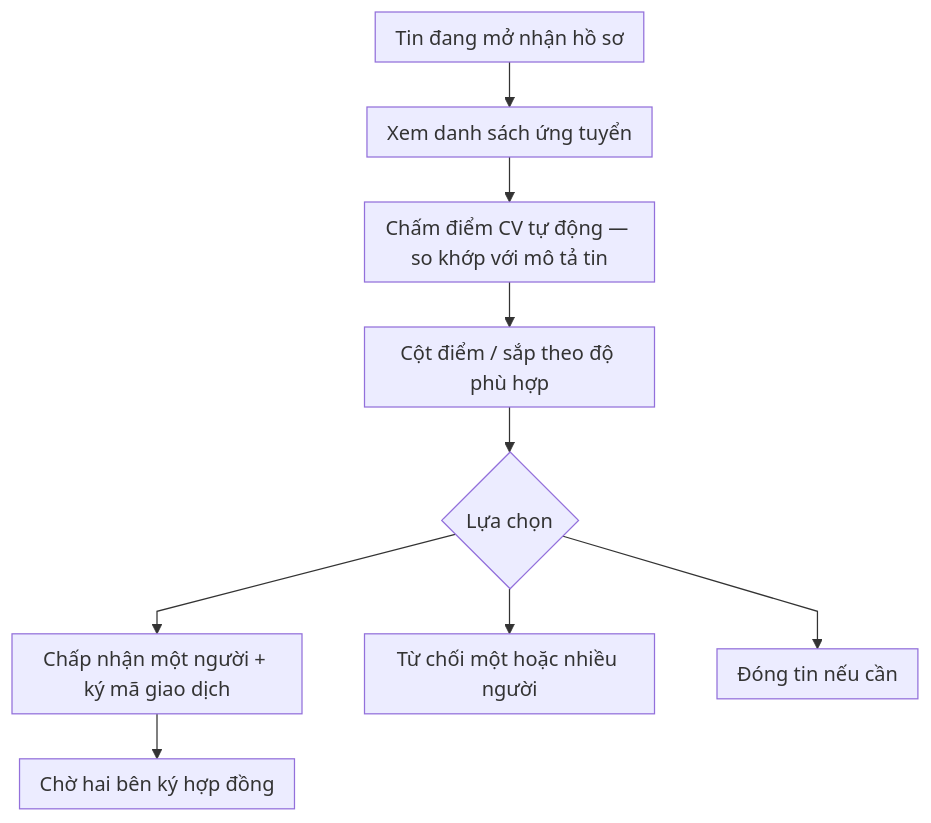
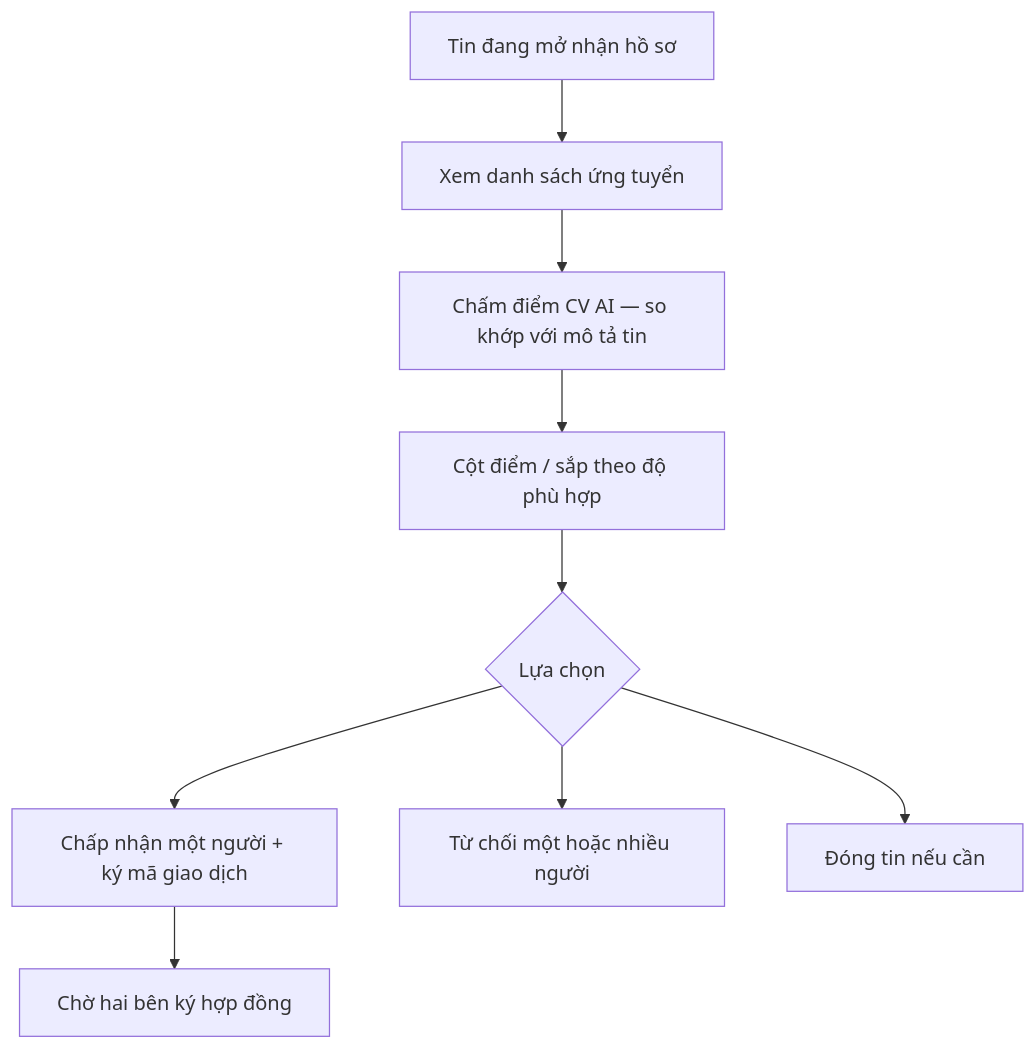
The second of 6 diagrams in poster.md (dmt041104111003/docs-nckh), drawn with Mermaid before and after one commit. The commit also changed other lines of this file and 7 other files, not shown here.

````diff
--- a/poster.md
+++ b/poster.md
@@ -34,12 +31,11 @@
 ```mermaid
-%%{init: {"flowchart": {"curve": "linear", "padding": 8, "rankSpacing": 36}}}%%
-flowchart TB
+flowchart TD
   A[Tin đang mở nhận hồ sơ] --> B[Xem danh sách ứng tuyển]
-  B --> S[Chấm điểm CV tự động — so khớp với mô tả tin]
+  B --> S[Chấm điểm CV AI — so khớp với mô tả tin]
   S --> B2[Cột điểm / sắp theo độ phù hợp]
   B2 --> C{Lựa chọn}
   C --> D[Chấp nhận một người + ký mã giao dịch]
   C --> E[Từ chối một hoặc nhiều người]
   C --> F[Đóng tin nếu cần]
   D --> G[Chờ hai bên ký hợp đồng]
 ```
````
